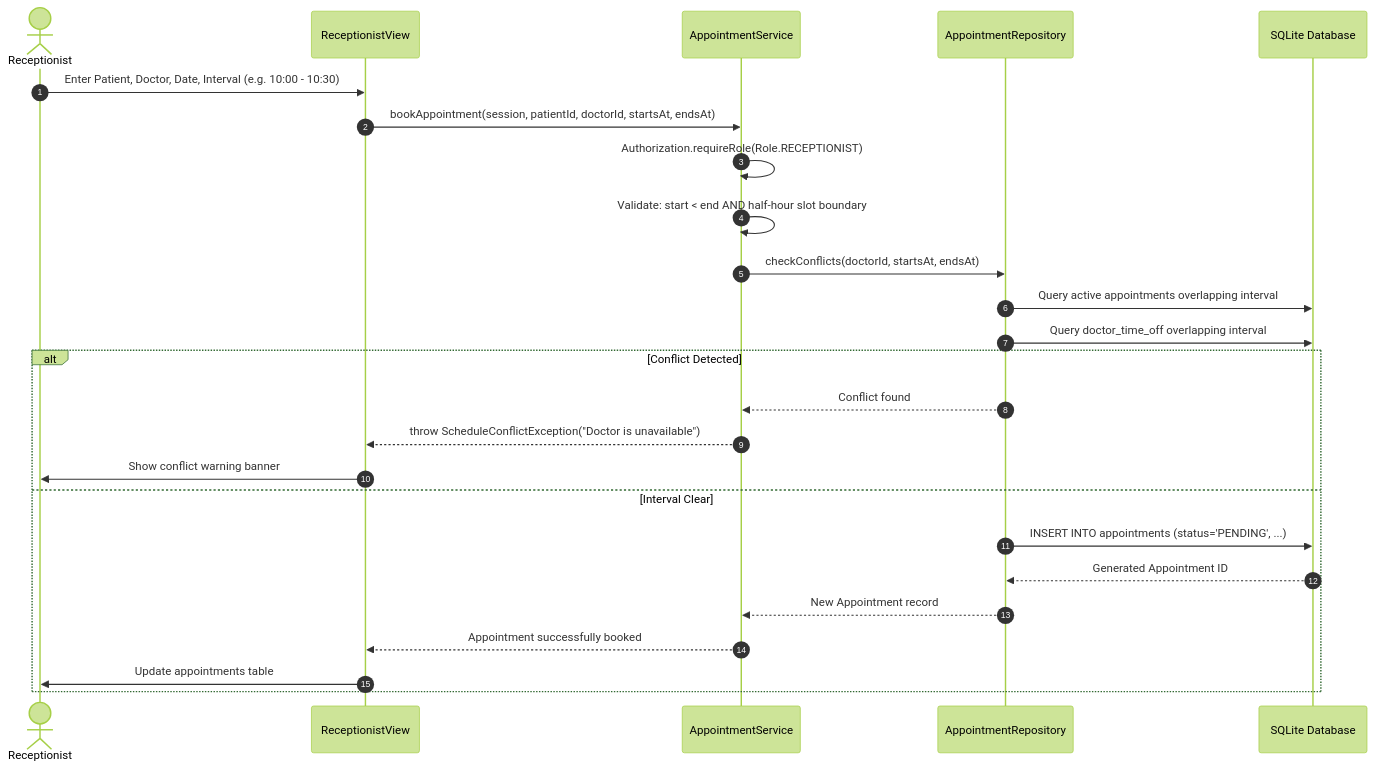
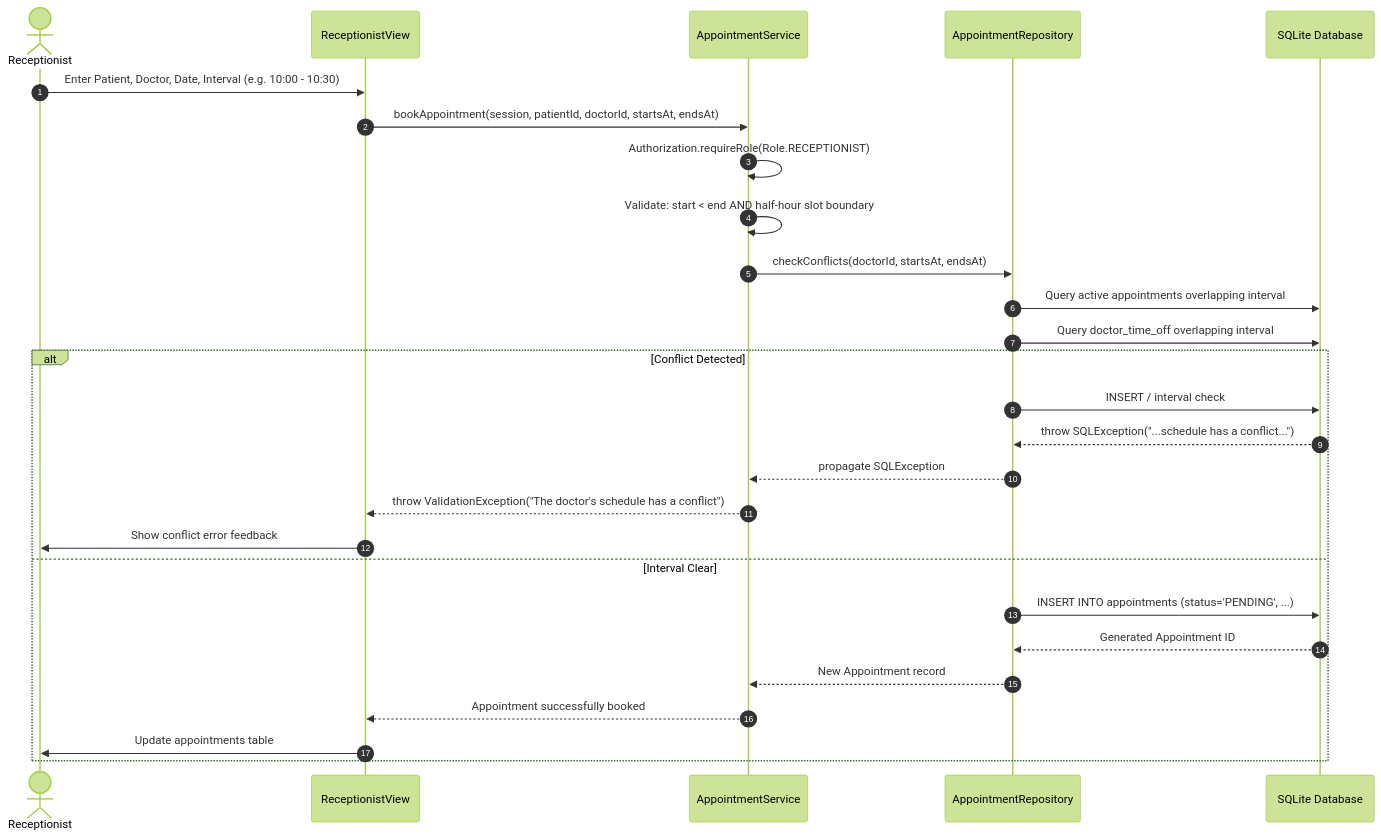
Before and after one commit to CS3227-2610-MP2-NUSynapxe/CS3227-2610-MP2: diagram 11 of 13 in docs/ArchitectureAndDesign.md, drawn with Mermaid (forest theme). The commit also changed other lines of this file and 7 other files, not shown here.

````diff
--- a/docs/ArchitectureAndDesign.md
+++ b/docs/ArchitectureAndDesign.md
@@ -513,28 +514,30 @@
 ```mermaid
 sequenceDiagram
     autonumber
     actor Receptionist
     participant UI as ReceptionistView
     participant Svc as AppointmentService
     participant Repo as AppointmentRepository
     participant DB as SQLite Database
 
     Receptionist->>UI: Enter Patient, Doctor, Date, Interval (e.g. 10:00 - 10:30)
     UI->>Svc: bookAppointment(session, patientId, doctorId, startsAt, endsAt)
     Svc->>Svc: Authorization.requireRole(Role.RECEPTIONIST)
     Svc->>Svc: Validate: start < end AND half-hour slot boundary
     Svc->>Repo: checkConflicts(doctorId, startsAt, endsAt)
     Repo->>DB: Query active appointments overlapping interval
     Repo->>DB: Query doctor_time_off overlapping interval
     alt Conflict Detected
-        Repo-->>Svc: Conflict found
-        Svc-->>UI: throw ScheduleConflictException("Doctor is unavailable")
-        UI->>Receptionist: Show conflict warning banner
+        Repo->>DB: INSERT / interval check
+        DB-->>Repo: throw SQLException("...schedule has a conflict...")
+        Repo-->>Svc: propagate SQLException
+        Svc-->>UI: throw ValidationException("The doctor's schedule has a conflict")
+        UI->>Receptionist: Show conflict error feedback
     else Interval Clear
         Repo->>DB: INSERT INTO appointments (status='PENDING', ...)
         DB-->>Repo: Generated Appointment ID
         Repo-->>Svc: New Appointment record
         Svc-->>UI: Appointment successfully booked
         UI->>Receptionist: Update appointments table
     end
 ```
````
